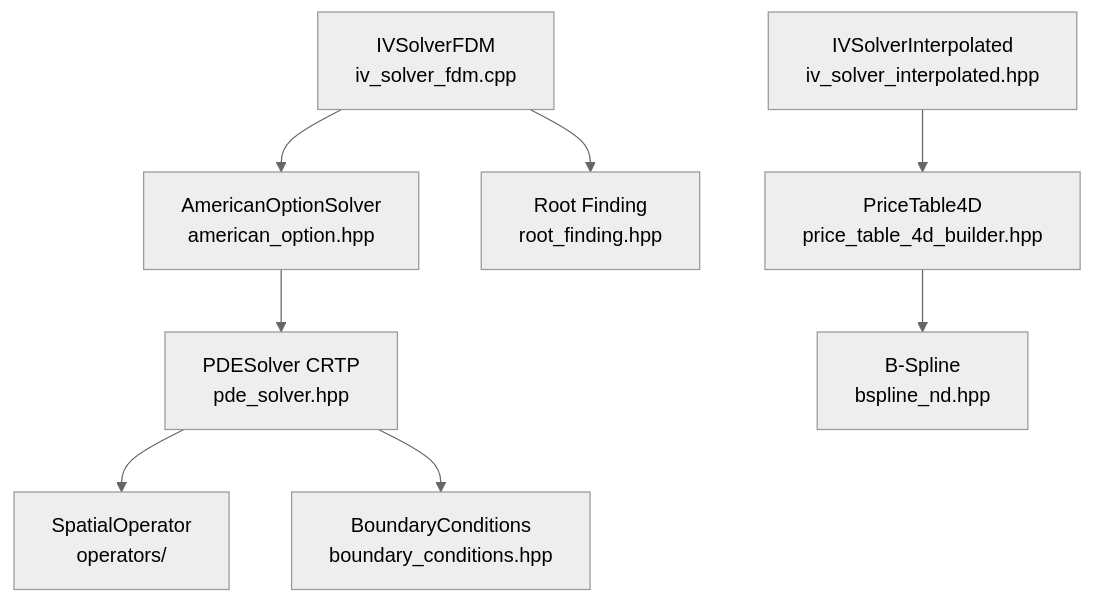
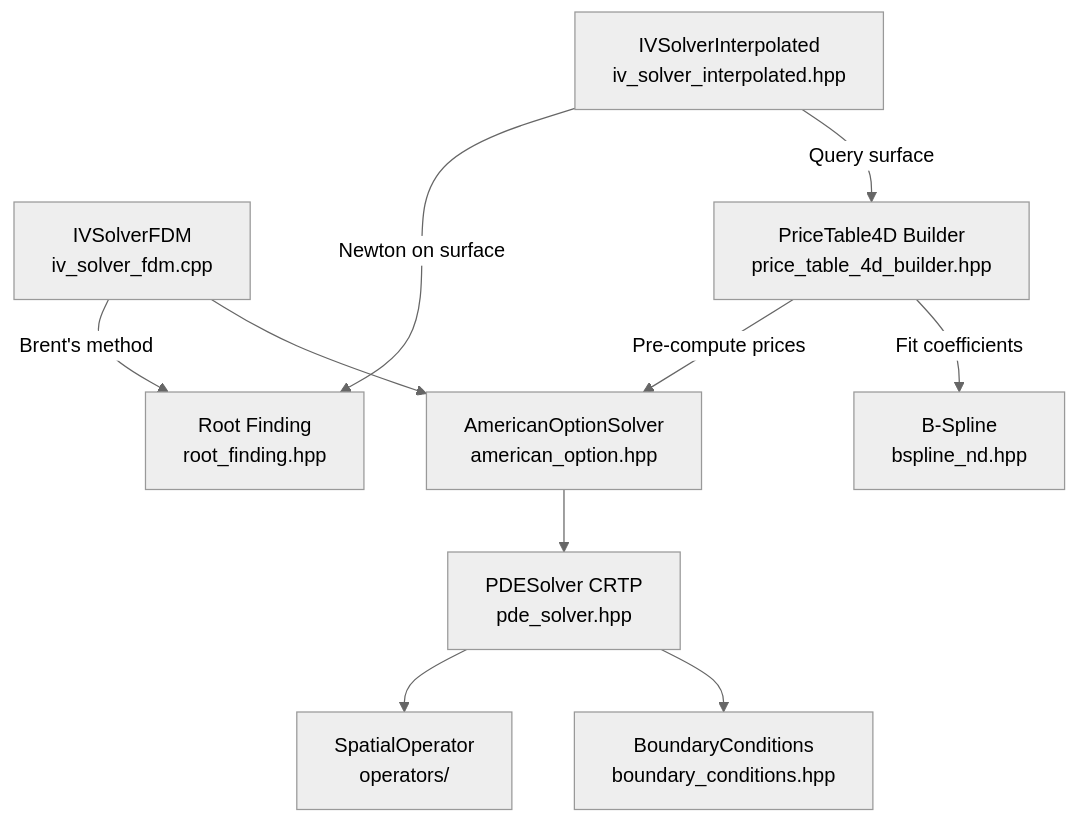
One commit to accelas/mango-option changed the diagram in docs/ARCHITECTURE.md. Above: the diagram before and after it, drawn with Mermaid (neutral theme).

Commit message:
Clarify architecture diagram dependencies
Updated component diagram to explicitly show:

1. **PriceTable4D Builder uses FDM:**
   - PTABLE → AO (Pre-compute prices via AmericanOptionSolver)
   - PTABLE → SPLINE (Fit B-spline coefficients)

   This clarifies that price table pre-computation uses the full
   FDM solver to generate the training data before fitting.

2. **IVSolverInterpolated uses root finding:**
   - IVFAST → ROOT (Newton on B-spline surface)
   - IVFAST → PTABLE (Query interpolated prices)

   This shows that interpolated IV still needs Newton iteration,
   just much faster (~12ms) than nested FDM (~143ms).

Added edge labels to make the data flow clearer.

🤖 Generated with [Claude Code](https://claude.com/claude-code)

````diff
--- a/docs/ARCHITECTURE.md
+++ b/docs/ARCHITECTURE.md
@@ -25,20 +25,22 @@
 ```mermaid
 graph TD
     IV[IVSolverFDM<br/>iv_solver_fdm.cpp]
     AO[AmericanOptionSolver<br/>american_option.hpp]
     PDE[PDESolver CRTP<br/>pde_solver.hpp]
     OPS[SpatialOperator<br/>operators/]
     BC[BoundaryConditions<br/>boundary_conditions.hpp]
     ROOT[Root Finding<br/>root_finding.hpp]
     SPLINE[B-Spline<br/>bspline_nd.hpp]
-    PTABLE[PriceTable4D<br/>price_table_4d_builder.hpp]
+    PTABLE[PriceTable4D Builder<br/>price_table_4d_builder.hpp]
     IVFAST[IVSolverInterpolated<br/>iv_solver_interpolated.hpp]
 
-    IV --> ROOT
+    IV -->|Brent's method| ROOT
     IV --> AO
     AO --> PDE
     PDE --> OPS
     PDE --> BC
-    PTABLE --> SPLINE
-    IVFAST --> PTABLE
+    PTABLE -->|Pre-compute prices| AO
+    PTABLE -->|Fit coefficients| SPLINE
+    IVFAST -->|Newton on surface| ROOT
+    IVFAST -->|Query surface| PTABLE
 ```
````
